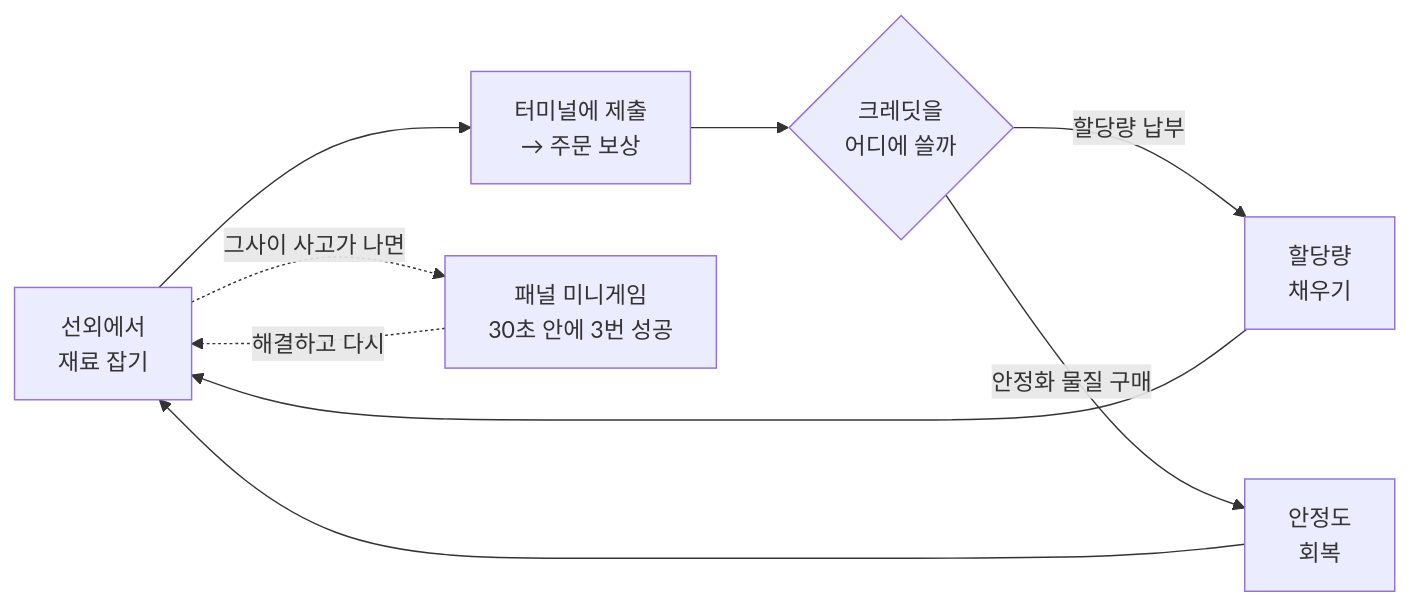
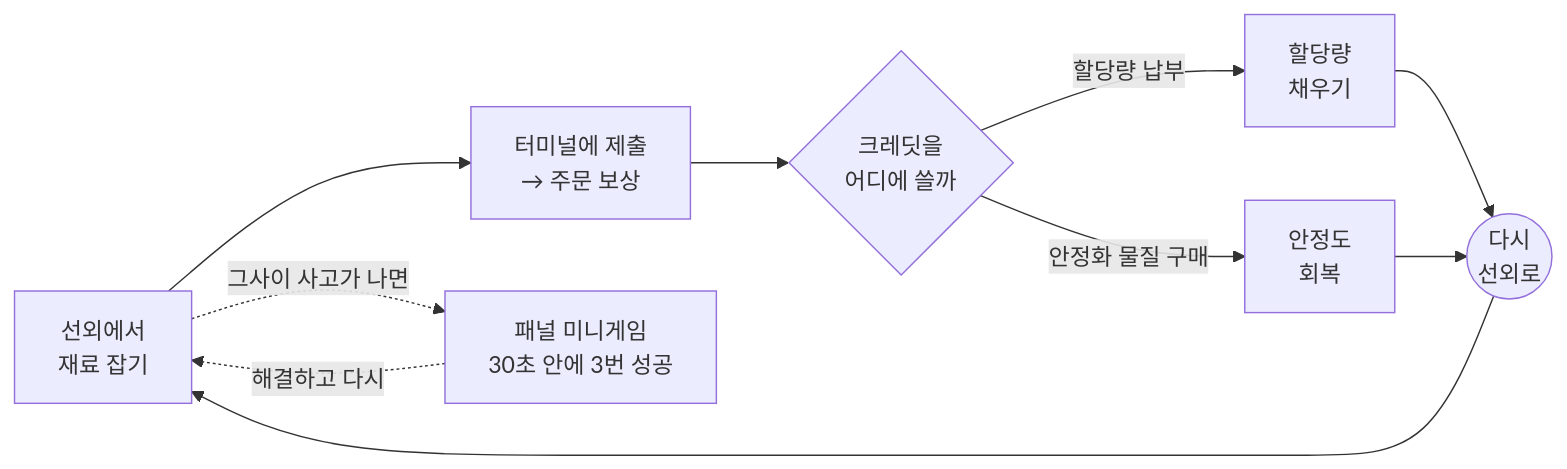
One commit to rlawlsdn77/portfolio changed the third of 9 diagrams in src/OverFixed/OverFixed_기술문서.md. Above: the diagram before and after it, drawn with Mermaid. The commit also changed other lines of this file and 2 other files, not shown here.

````diff
--- a/src/OverFixed/OverFixed_기술문서.md
+++ b/src/OverFixed/OverFixed_기술문서.md
@@ -104,11 +104,12 @@
 ```mermaid
 flowchart LR
     A["선외에서<br/>재료 잡기"] --> B["터미널에 제출<br/>→ 주문 보상"]
     B --> C{"크레딧을<br/>어디에 쓸까"}
     C -->|"할당량 납부"| D["할당량<br/>채우기"]
     C -->|"안정화 물질 구매"| E["안정도<br/>회복"]
-    D --> A
-    E --> A
+    D --> R(("다시<br/>선외로"))
+    E --> R
+    R --> A
     A -.->|"그사이 사고가 나면"| Y["패널 미니게임<br/>30초 안에 3번 성공"]
     Y -.->|"해결하고 다시"| A
 ```
````
